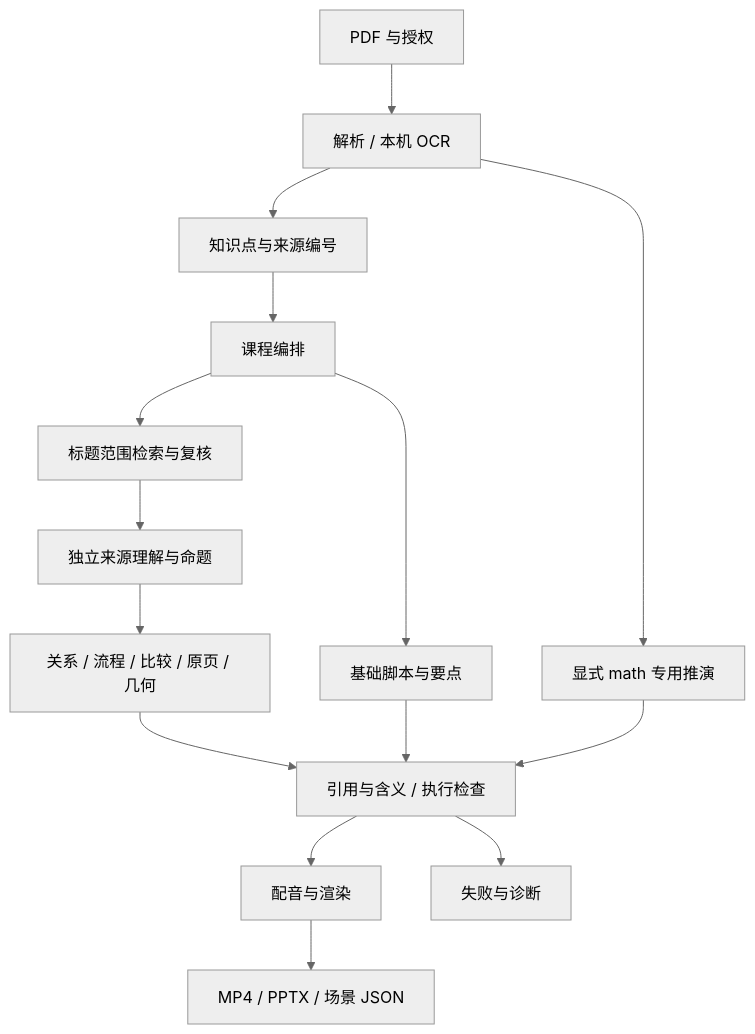
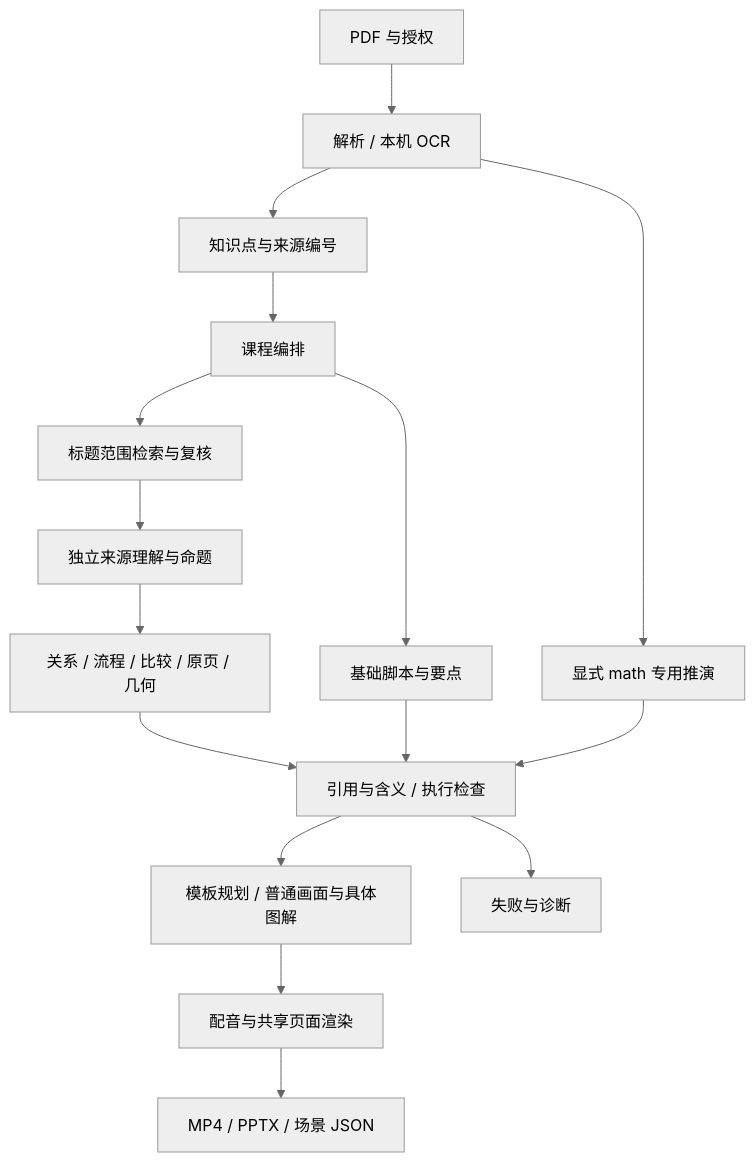
The first of 2 diagrams in docs/架构与接口.md (shaochang123/Book2Course), drawn with Mermaid (neutral theme) before and after one commit. The commit also changed other lines of this file and 24 other files, not shown here.

````diff
--- a/docs/架构与接口.md
+++ b/docs/架构与接口.md
@@ -27,17 +29,18 @@
 ```mermaid
 flowchart TD
   U[PDF 与授权] --> P[解析 / 本机 OCR]
   P --> K[知识点与来源编号]
   K --> O[课程编排]
   O --> S[标题范围检索与复核]
   S --> D[独立来源理解与命题]
   D --> V[关系 / 流程 / 比较 / 原页 / 几何]
   V --> Q[引用与含义 / 执行检查]
   O --> B[基础脚本与要点]
   B --> Q
   P --> M[显式 math 专用推演]
   M --> Q
-  Q --> T[配音与渲染]
+  Q --> W[模板规划 / 普通画面与具体图解]
+  W --> T[配音与共享页面渲染]
   T --> E[MP4 / PPTX / 场景 JSON]
   Q --> F[失败与诊断]
 ```
````
